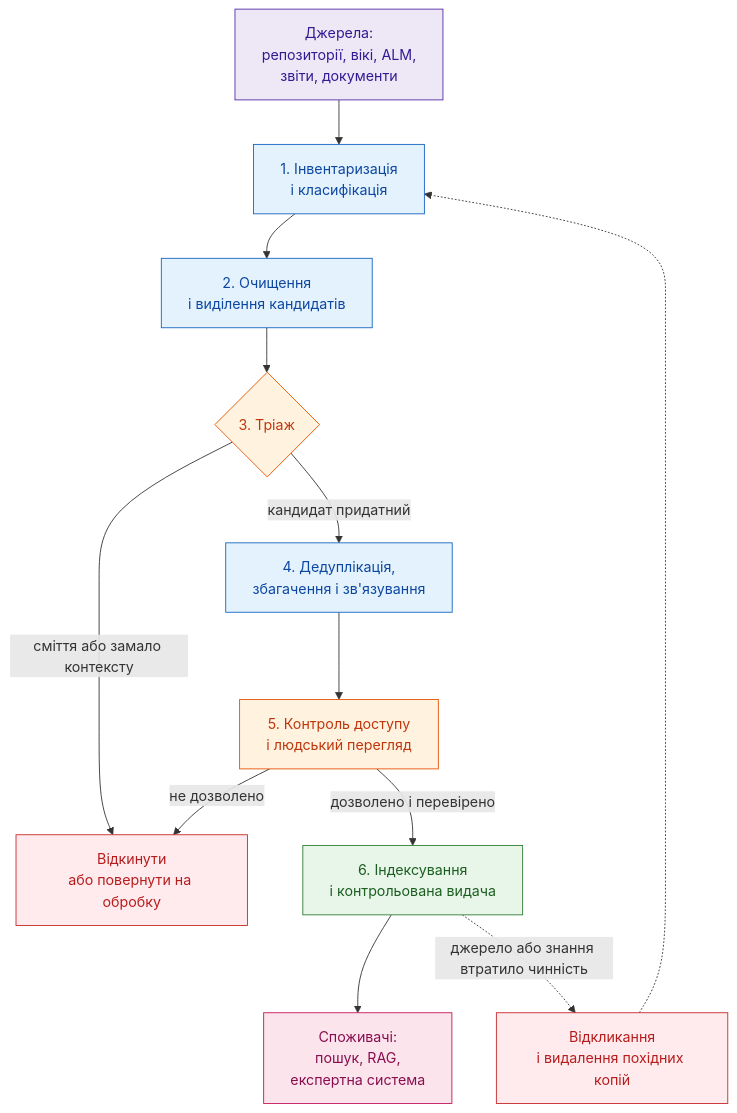
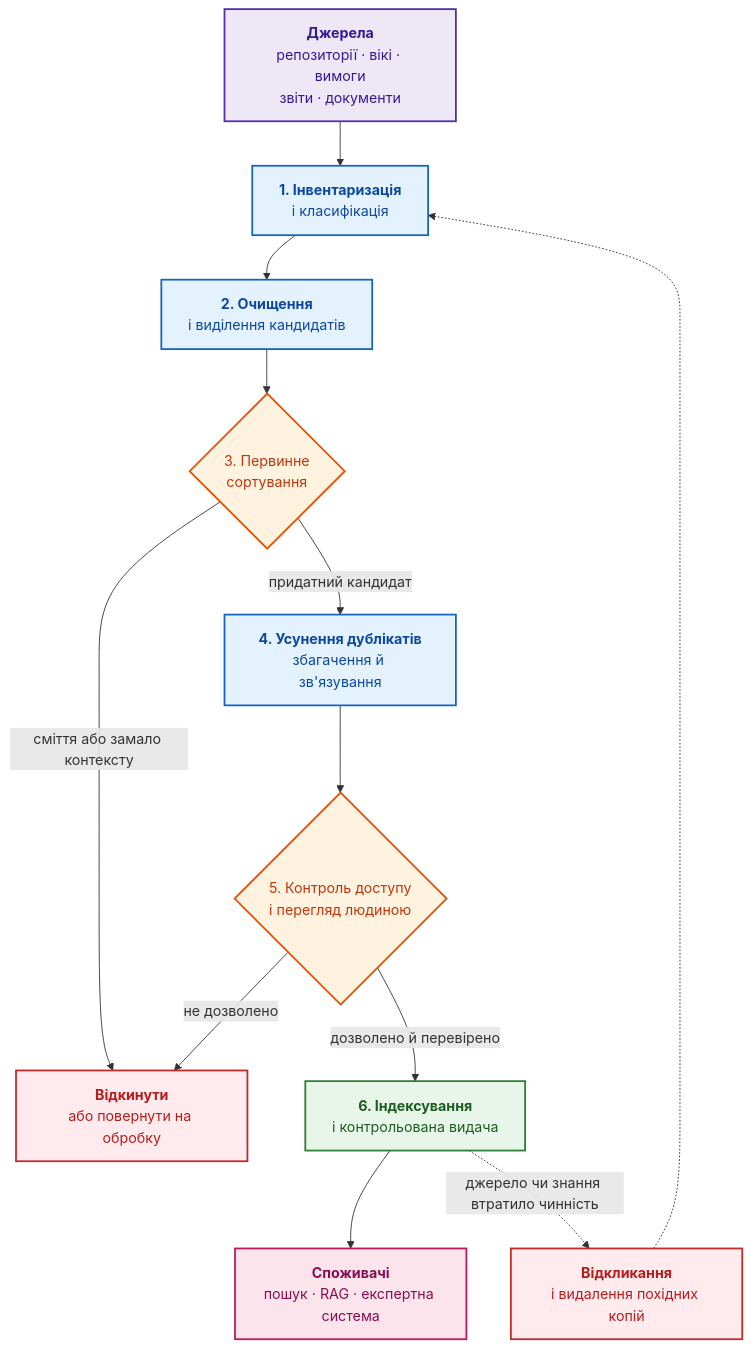
One commit to nick-fedchik/articles changed the first of 9 diagrams in ExpertSystem/ch10-knowledge-acquisition-systems.md. Above: the diagram before and after it, drawn with Mermaid. The commit also changed other lines of this file, not shown here.

Commit message:
docs(ch10): restructure knowledge acquisition chapter, third-person author practice, explained formulas, bitemporal Go example, verified numbered sources

````diff
--- a/ExpertSystem/ch10-knowledge-acquisition-systems.md
+++ b/ExpertSystem/ch10-knowledge-acquisition-systems.md
@@ -83,38 +63,38 @@
 ```mermaid
 flowchart TB
     accTitle: Етапи наскрізного конвеєра здобуття знань
-    accDescr: Повний конвеєр від інвентаризації джерел і тріажу кандидатів до перегляду, публікації та відкликання.
+    accDescr: Від інвентаризації джерел через очищення, первинне сортування, збагачення, контроль доступу й перегляд до публікації та відкликання.
 
-    Sources["Джерела:<br/>репозиторії, вікі, ALM,<br/>звіти, документи"]
-    Inventory["1. Інвентаризація<br/>і класифікація"]
-    Prepare["2. Очищення<br/>і виділення кандидатів"]
-    Triage{"3. Тріаж"}
-    Reject["Відкинути<br/>або повернути на обробку"]
-    Enrich["4. Дедуплікація,<br/>збагачення і зв'язування"]
-    Govern["5. Контроль доступу<br/>і людський перегляд"]
-    Publish["6. Індексування<br/>і контрольована видача"]
-    Revoke["Відкликання<br/>і видалення похідних копій"]
-    Consumers["Споживачі:<br/>пошук, RAG,<br/>експертна система"]
+    Sources["<b>Джерела</b><br/>репозиторії · вікі · вимоги<br/>звіти · документи"]
+    Inventory["<b>1. Інвентаризація</b><br/>і класифікація"]
+    Prepare["<b>2. Очищення</b><br/>і виділення кандидатів"]
+    Triage{"3. Первинне<br/>сортування"}
+    Reject["<b>Відкинути</b><br/>або повернути на обробку"]
+    Enrich["<b>4. Усунення дублікатів</b><br/>збагачення й зв'язування"]
+    Govern{"5. Контроль доступу<br/>і перегляд людиною"}
+    Publish["<b>6. Індексування</b><br/>і контрольована видача"]
+    Revoke["<b>Відкликання</b><br/>і видалення похідних копій"]
+    Consumers["<b>Споживачі</b><br/>пошук · RAG · експертна система"]
 
     Sources --> Inventory --> Prepare --> Triage
     Triage -->|"сміття або замало контексту"| Reject
-    Triage -->|"кандидат придатний"| Enrich --> Govern
-    Govern -->|"дозволено і перевірено"| Publish --> Consumers
+    Triage -->|"придатний кандидат"| Enrich --> Govern
+    Govern -->|"дозволено й перевірено"| Publish --> Consumers
     Govern -->|"не дозволено"| Reject
-    Publish -.->|"джерело або знання втратило чинність"| Revoke
+    Publish -.->|"джерело чи знання втратило чинність"| Revoke
     Revoke -.-> Inventory
 
-    classDef src fill:#ede7f6,stroke:#512da8,color:#311b92;
-    classDef step fill:#e3f2fd,stroke:#1565c0,color:#0d47a1;
-    classDef check fill:#fff3e0,stroke:#e65100,color:#bf360c;
-    classDef bad fill:#ffebee,stroke:#c62828,color:#b71c1c;
-    classDef good fill:#e8f5e9,stroke:#2e7d32,color:#1b5e20;
-    classDef out fill:#fce4ec,stroke:#c2185b,color:#880e4f;
+    classDef src fill:#ede7f6,stroke:#512da8,stroke-width:2px,color:#311b92;
+    classDef step fill:#e3f2fd,stroke:#1565c0,stroke-width:2px,color:#0d47a1;
+    classDef check fill:#fff3e0,stroke:#e65100,stroke-width:2px,color:#bf360c;
+    classDef bad fill:#ffebee,stroke:#c62828,stroke-width:2px,color:#b71c1c;
+    classDef good fill:#e8f5e9,stroke:#2e7d32,stroke-width:2px,color:#1b5e20;
+    classDef out fill:#fce4ec,stroke:#c2185b,stroke-width:2px,color:#880e4f;
 
     class Sources src;
     class Inventory,Prepare,Enrich step;
     class Triage,Govern check;
     class Reject,Revoke bad;
     class Publish good;
     class Consumers out;
 ```
````
